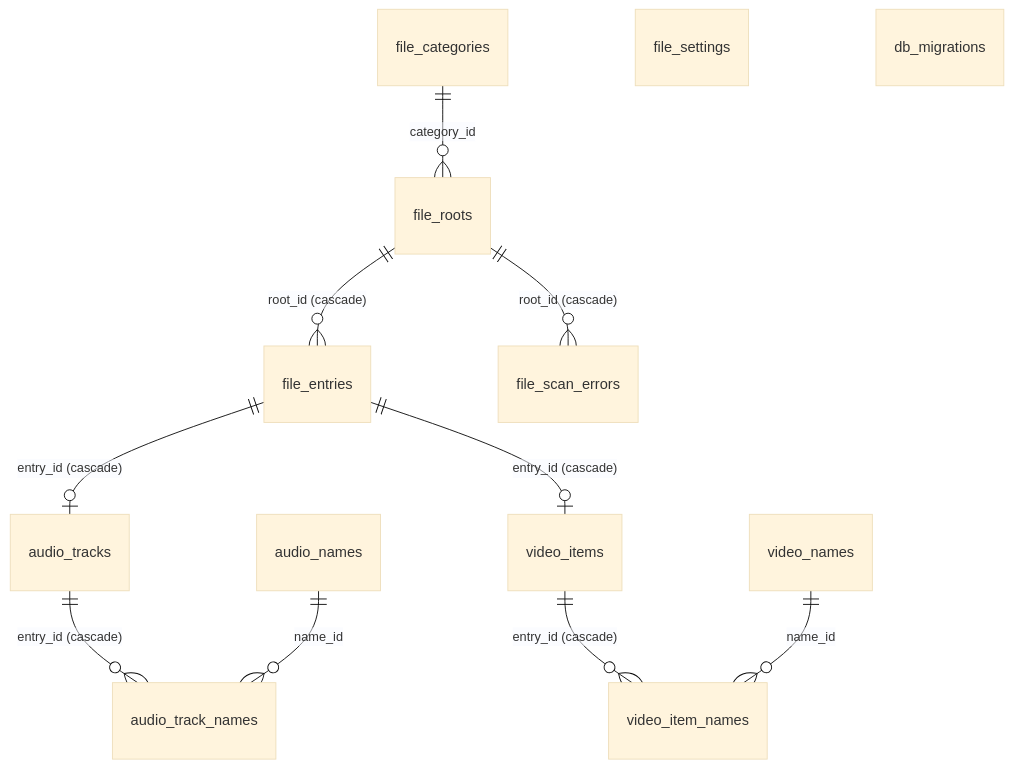
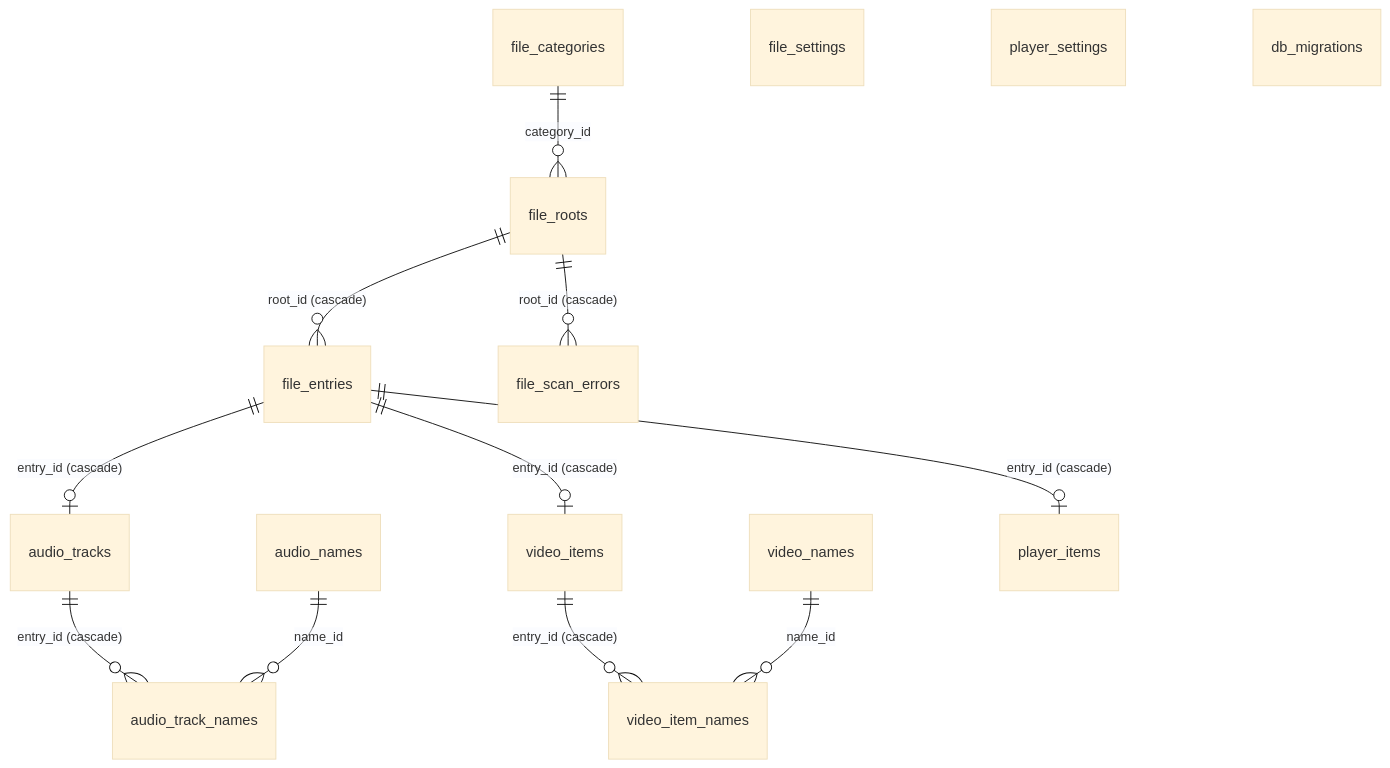
One commit to abhinavp06/hoardor changed the diagram in DOCUMENTATION/application/DATABASE.md. Above: the diagram before and after it, drawn with Mermaid (base theme). The commit also changed other lines of this file and 16 other files, not shown here.

First line of the commit message:
Player engine, phases 1-2: playback on libmpv, the queue, per-entry state

````diff
--- a/DOCUMENTATION/application/DATABASE.md
+++ b/DOCUMENTATION/application/DATABASE.md
@@ -38,14 +38,16 @@
 ```mermaid
 erDiagram
     file_categories ||--o{ file_roots : "category_id"
     file_roots ||--o{ file_entries : "root_id (cascade)"
     file_roots ||--o{ file_scan_errors : "root_id (cascade)"
     file_entries ||--o| audio_tracks : "entry_id (cascade)"
     audio_tracks ||--o{ audio_track_names : "entry_id (cascade)"
     audio_names ||--o{ audio_track_names : "name_id"
     file_entries ||--o| video_items : "entry_id (cascade)"
     video_items ||--o{ video_item_names : "entry_id (cascade)"
     video_names ||--o{ video_item_names : "name_id"
+    file_entries ||--o| player_items : "entry_id (cascade)"
     file_settings
+    player_settings
     db_migrations
 ```
````
